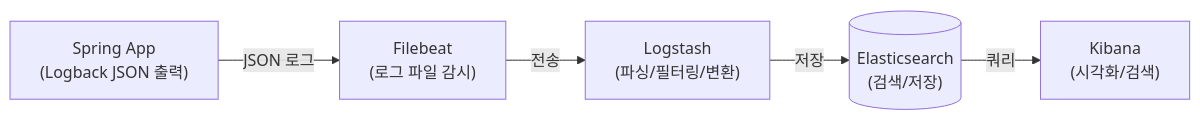
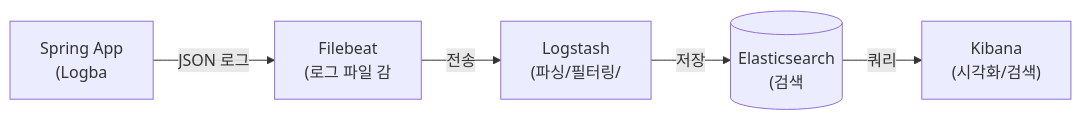
Before and after one commit to yjkim2015/yjkim2015.github.io: the third of 3 diagrams in _posts/monitoring/2026-05-01-monitoring-tools.md, drawn with Mermaid. The commit also changed other lines of this file and 271 other files, not shown here.

First line of the commit message:
Mermaid 라벨 축소: 긴 노드 텍스트 18자 이하로 트림 + \n 제거

````diff
--- a/_posts/monitoring/2026-05-01-monitoring-tools.md
+++ b/_posts/monitoring/2026-05-01-monitoring-tools.md
@@ -238,7 +238,7 @@
 ```mermaid
 graph LR
-    APP["Spring App\n(Logback JSON 출력)"] -->|"JSON 로그"| FB["Filebeat\n(로그 파일 감시)"]
-    FB -->|"전송"| LS["Logstash\n(파싱/필터링/변환)"]
-    LS -->|"저장"| ES[("Elasticsearch\n(검색/저장)")]
+    APP["Spring App\n(Logba"] -->|"JSON 로그"| FB["Filebeat\n(로그 파일 감"]
+    FB -->|"전송"| LS["Logstash\n(파싱/필터링/"]
+    LS -->|"저장"| ES[("Elasticsearch\n(검색")]
     ES -->|"쿼리"| KI["Kibana\n(시각화/검색)"]
 ```
````
